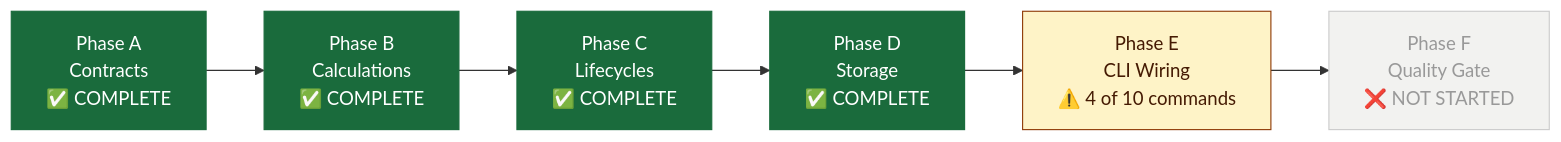
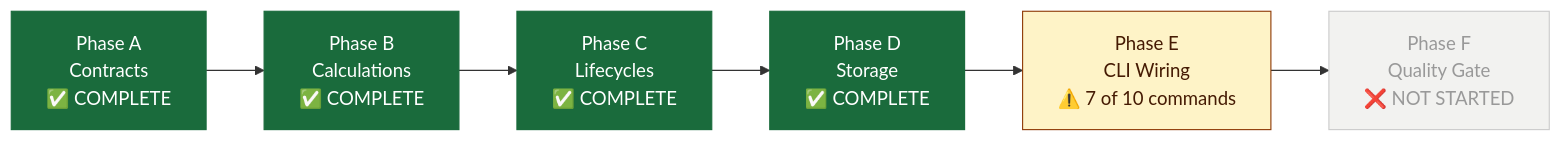
The third of 25 diagrams in Docs/stage1_implementation_status.md (MoaminShikha/student-expense-tracker), drawn with Mermaid before and after one commit. The commit also changed other lines of this file and 4 other files, not shown here.

First line of the commit message:
feat(cli): wire fuzzy resolve and discard commands

````diff
--- a/Docs/stage1_implementation_status.md
+++ b/Docs/stage1_implementation_status.md
@@ -59,15 +59,15 @@
 ```mermaid
 graph LR
     A["Phase A\nContracts\n✅ COMPLETE"]:::done
     B["Phase B\nCalculations\n✅ COMPLETE"]:::done
     C["Phase C\nLifecycles\n✅ COMPLETE"]:::done
     D["Phase D\nStorage\n✅ COMPLETE"]:::done
-    E["Phase E\nCLI Wiring\n⚠️ 4 of 10 commands"]:::partial
+    E["Phase E\nCLI Wiring\n⚠️ 7 of 10 commands"]:::partial
     F["Phase F\nQuality Gate\n❌ NOT STARTED"]:::todo
 
     A --> B --> C --> D --> E --> F
 
     classDef done fill:#1a6b3c,stroke:#1a6b3c,color:#fff
     classDef todo fill:#f2f2f0,stroke:#ccc,color:#999
     classDef partial fill:#fef3c7,stroke:#92400e,color:#451a03
 ```
````
